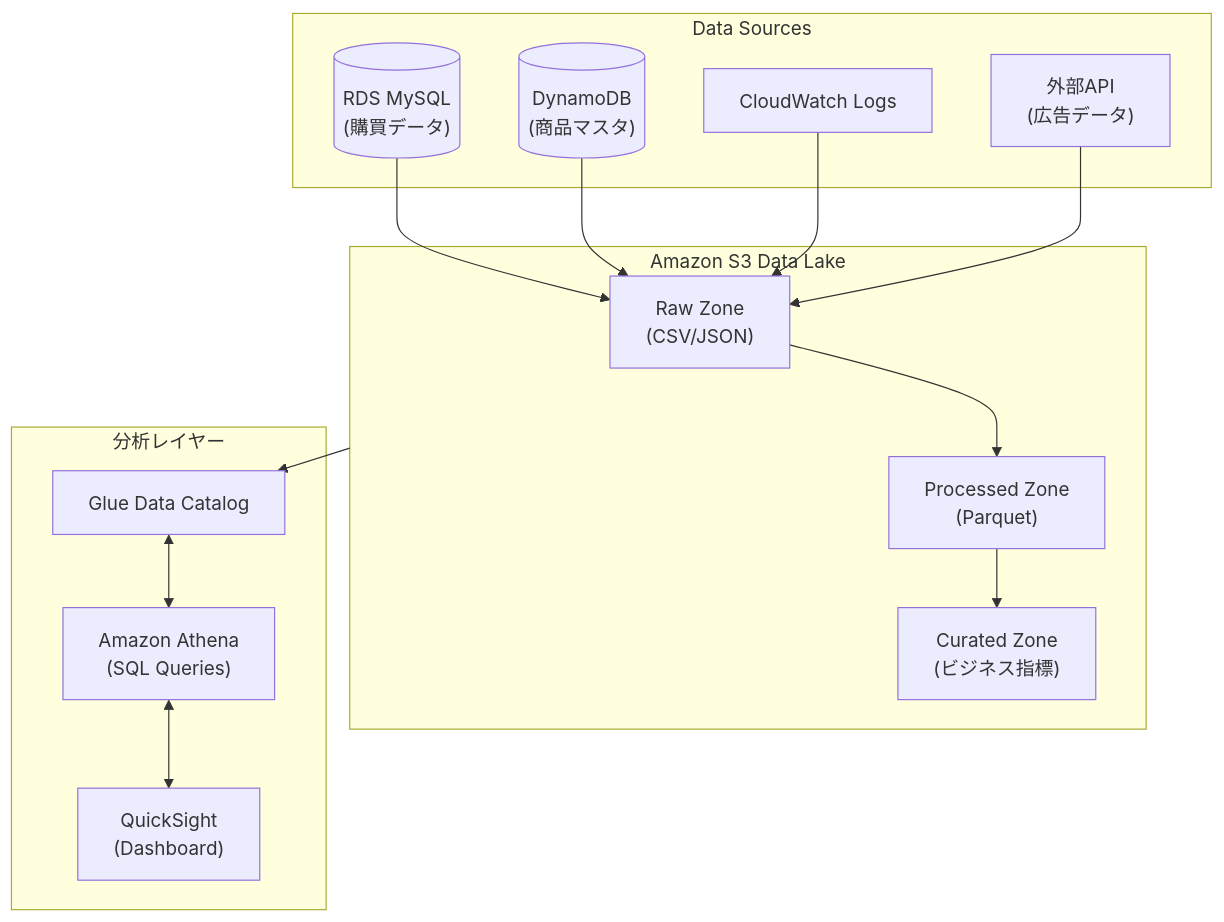
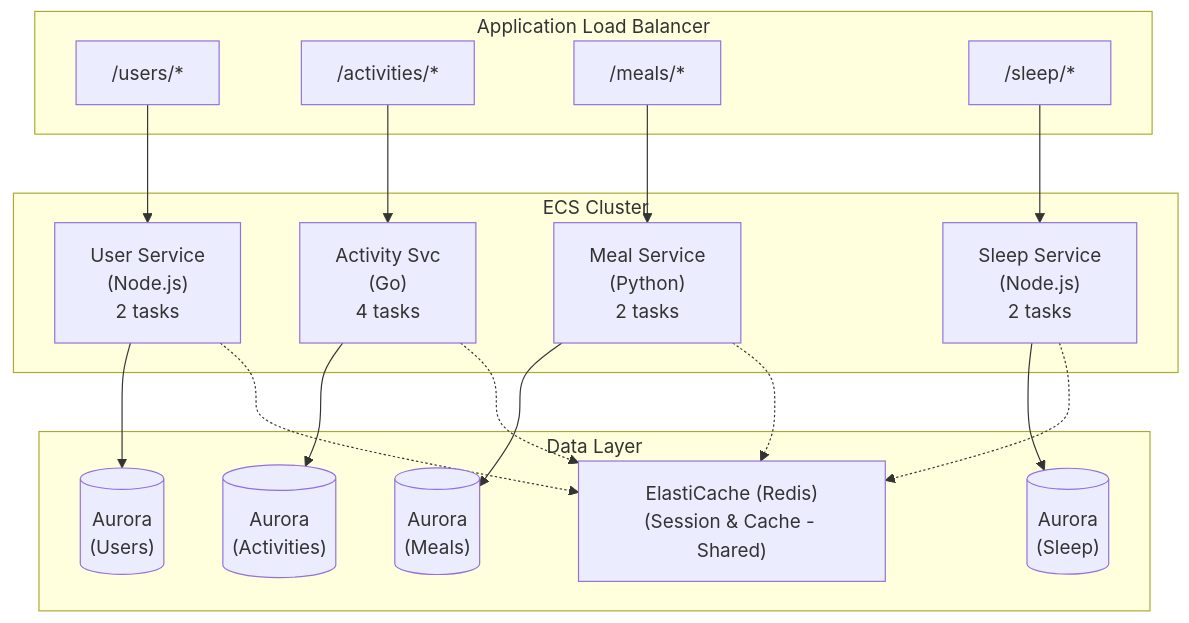
One commit to yuta-ishii-cm/aws-practice changed the second of 2 diagrams in exercises/exercise-13.md. Above: the diagram before and after it, drawn with Mermaid. The commit also changed other lines of this file and 46 other files, not shown here.

````diff
--- a/exercises/exercise-13.md
+++ b/exercises/exercise-13.md
@@ -36,31 +107,39 @@
 ```mermaid
 flowchart TB
-    subgraph DataSources["Data Sources"]
-        RDS[("RDS MySQL<br/>(購買データ)")]
-        DynamoDB[("DynamoDB<br/>(商品マスタ)")]
-        CloudWatchLogs["CloudWatch Logs"]
-        ExternalAPI["外部API<br/>(広告データ)"]
+    subgraph ALB["Application Load Balancer"]
+        route1["/users/*"]
+        route2["/activities/*"]
+        route3["/meals/*"]
+        route4["/sleep/*"]
     end
 
-    subgraph S3DataLake["Amazon S3 Data Lake"]
-        Raw["Raw Zone<br/>(CSV/JSON)"]
-        Processed["Processed Zone<br/>(Parquet)"]
-        Curated["Curated Zone<br/>(ビジネス指標)"]
-        Raw --> Processed --> Curated
+    subgraph ECS["ECS Cluster"]
+        UserSvc["User Service<br/>(Node.js)<br/>2 tasks"]
+        ActivitySvc["Activity Svc<br/>(Go)<br/>4 tasks"]
+        MealSvc["Meal Service<br/>(Python)<br/>2 tasks"]
+        SleepSvc["Sleep Service<br/>(Node.js)<br/>2 tasks"]
     end
 
-    subgraph Analytics["分析レイヤー"]
-        GlueCatalog["Glue Data Catalog"]
-        Athena["Amazon Athena<br/>(SQL Queries)"]
-        QuickSight["QuickSight<br/>(Dashboard)"]
+    subgraph Data["Data Layer"]
+        AuroraUsers[("Aurora<br/>(Users)")]
+        AuroraActivities[("Aurora<br/>(Activities)")]
+        AuroraMeals[("Aurora<br/>(Meals)")]
+        AuroraSleep[("Aurora<br/>(Sleep)")]
+        Redis["ElastiCache (Redis)<br/>(Session & Cache - Shared)"]
     end
 
-    RDS --> Raw
-    DynamoDB --> Raw
-    CloudWatchLogs --> Raw
-    ExternalAPI --> Raw
+    route1 --> UserSvc
+    route2 --> ActivitySvc
+    route3 --> MealSvc
+    route4 --> SleepSvc
 
-    S3DataLake --> GlueCatalog
-    GlueCatalog <--> Athena
-    Athena <--> QuickSight
+    UserSvc --> AuroraUsers
+    ActivitySvc --> AuroraActivities
+    MealSvc --> AuroraMeals
+    SleepSvc --> AuroraSleep
+
+    UserSvc -.-> Redis
+    ActivitySvc -.-> Redis
+    MealSvc -.-> Redis
+    SleepSvc -.-> Redis
 ```
````
